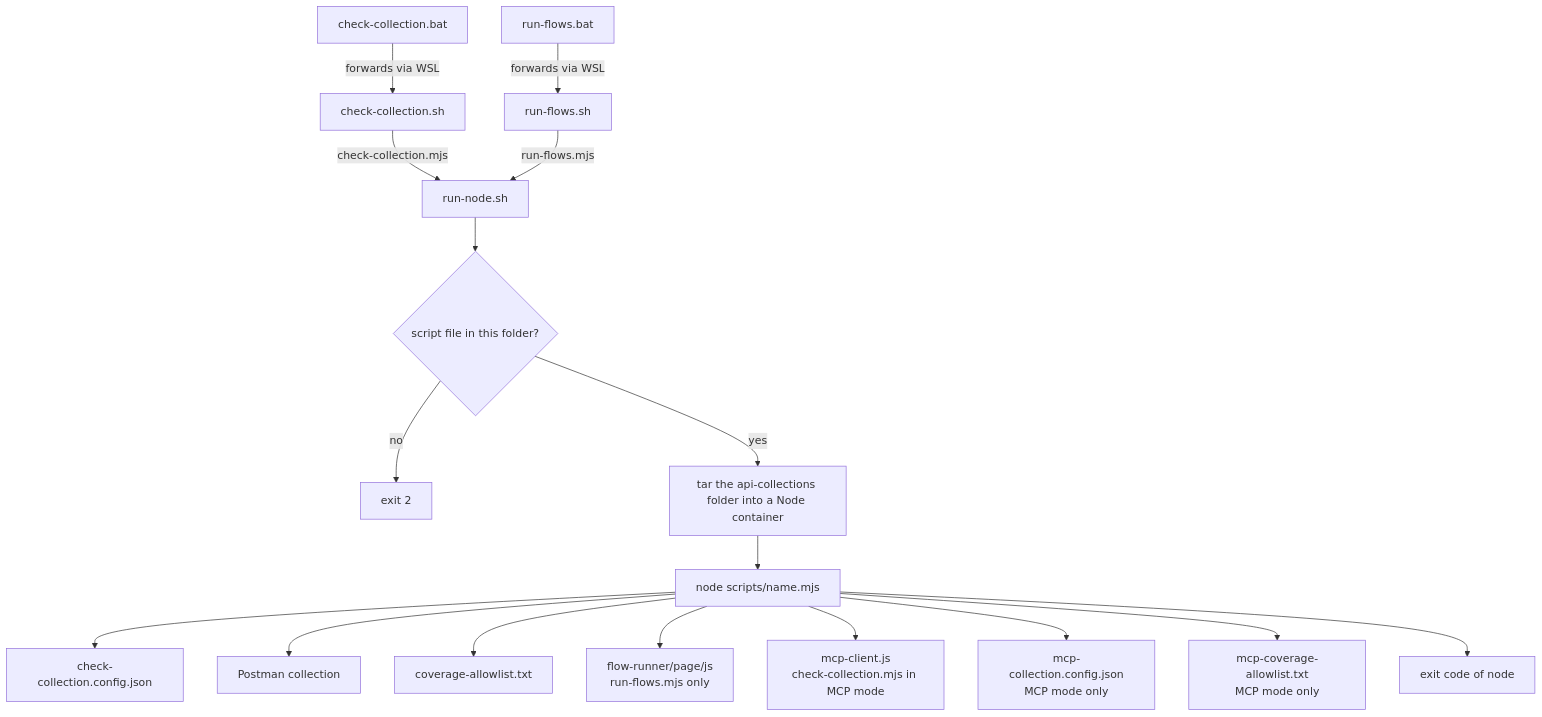
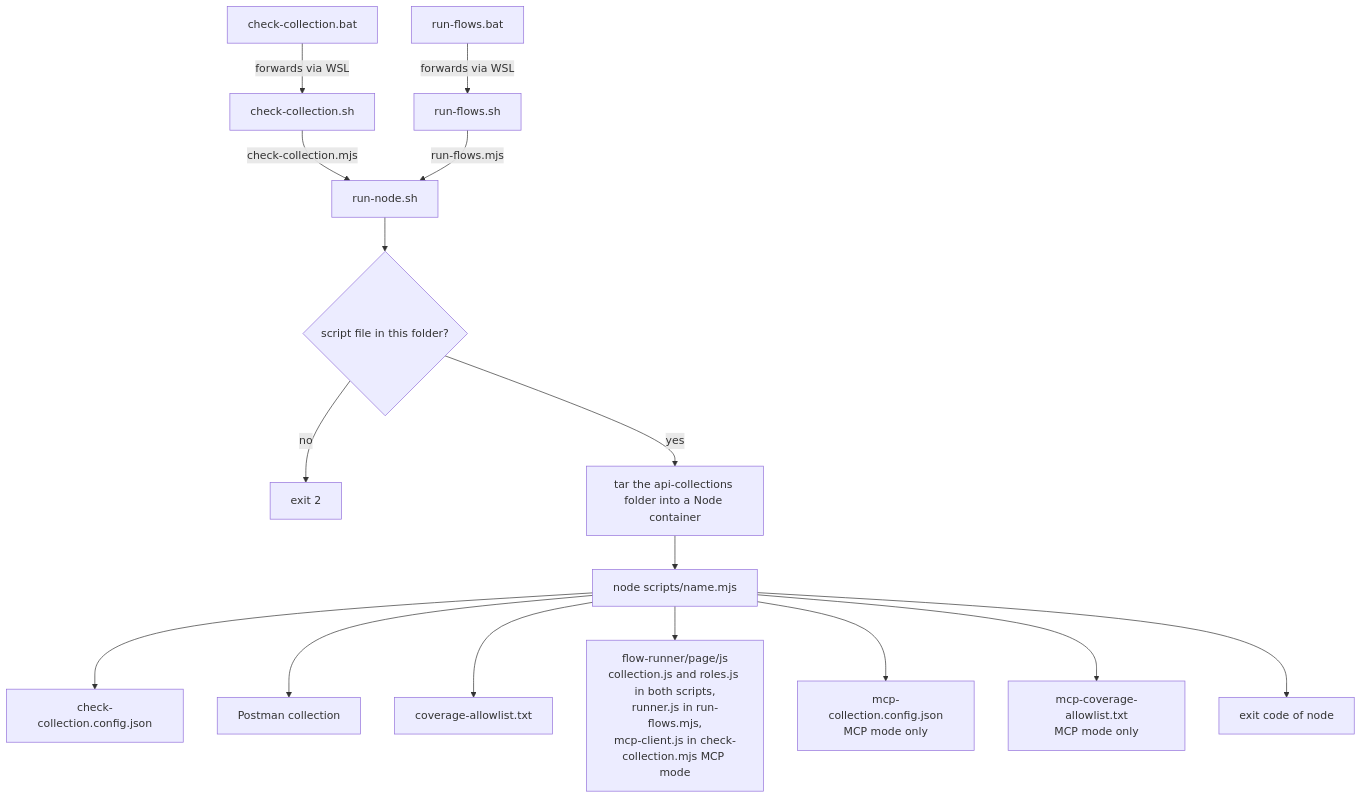
The diagram in docs/api-collections/scripts/README.md (OstMutant/Advertisement), drawn with Mermaid before and after one commit. The commit also changed 26 other files, not shown here.

First line of the commit message:
feat(improvement-222): the architecture map no longer uses Mermaid, its diagrams and the text around them follow the code, the task is closed

````diff
--- a/docs/api-collections/scripts/README.md
+++ b/docs/api-collections/scripts/README.md
@@ -32,19 +32,18 @@
 ```mermaid
 flowchart TD
     CCB[check-collection.bat] -->|forwards via WSL| CCS[check-collection.sh]
     RFB[run-flows.bat] -->|forwards via WSL| RFS[run-flows.sh]
     CCS -->|check-collection.mjs| RN[run-node.sh]
     RFS -->|run-flows.mjs| RN
     RN --> SF{script file in this folder?}
     SF -->|no| X2[exit 2]
     SF -->|yes| TAR[tar the api-collections folder into a Node container]
     TAR --> NODE[node scripts/name.mjs]
     NODE --> CFG[check-collection.config.json]
     NODE --> PC[Postman collection]
     NODE --> AL[coverage-allowlist.txt]
-    NODE --> FR[flow-runner/page/js<br/>run-flows.mjs only]
-    NODE --> MCPC[mcp-client.js<br/>check-collection.mjs in MCP mode]
+    NODE --> FR[flow-runner/page/js<br/>collection.js and roles.js in both scripts,<br/>runner.js in run-flows.mjs,<br/>mcp-client.js in check-collection.mjs MCP mode]
     NODE --> MCPCFG[mcp-collection.config.json<br/>MCP mode only]
     NODE --> MCPAL[mcp-coverage-allowlist.txt<br/>MCP mode only]
     NODE --> EXIT[exit code of node]
 ```
````
